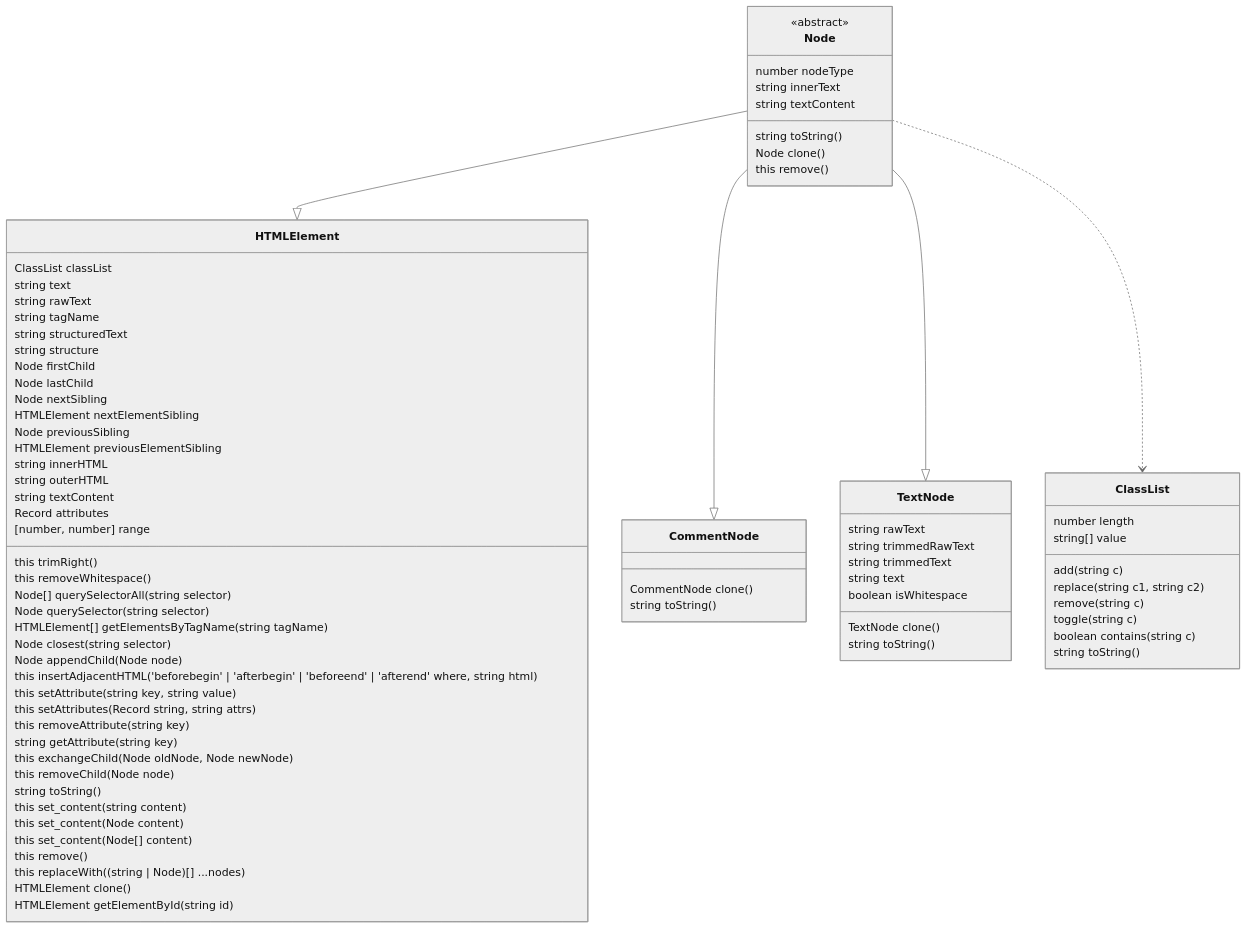
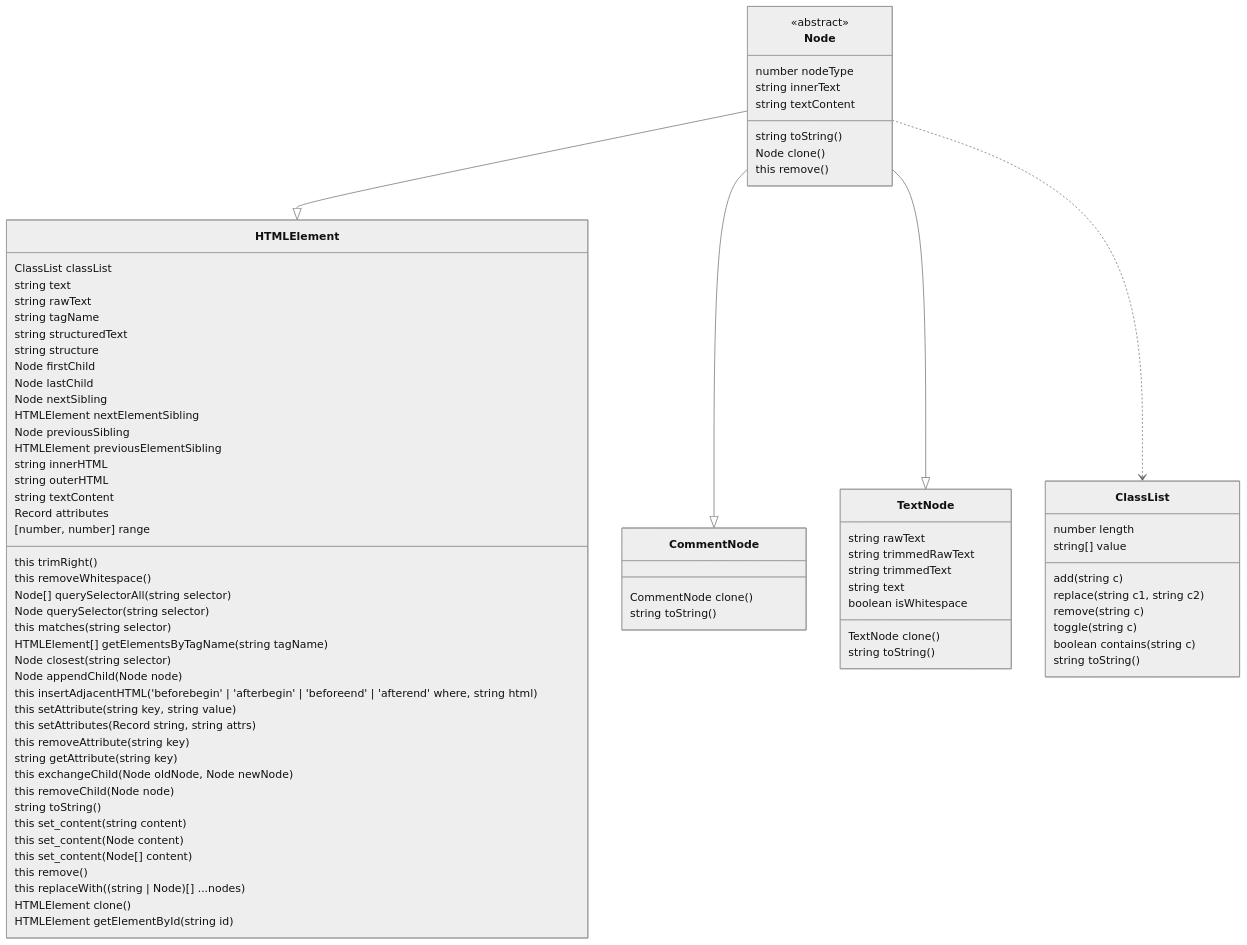
The diagram in README.md (taoqf/node-html-parser), drawn with Mermaid (neutral theme) before and after one commit. The commit also changed other lines of this file and 1 other file, not shown here.

Commit message:
added matches method to HTMLElement

````diff
--- a/README.md
+++ b/README.md
@@ -109,81 +109,82 @@
 ```mermaid
 classDiagram
 direction TB
 class HTMLElement{
 	this trimRight()
 	this removeWhitespace()
 	Node[] querySelectorAll(string selector)
 	Node querySelector(string selector)
+	this matches(string selector)
 	HTMLElement[] getElementsByTagName(string tagName)
 	Node closest(string selector)
 	Node appendChild(Node node)
 	this insertAdjacentHTML('beforebegin' | 'afterbegin' | 'beforeend' | 'afterend' where, string html)
 	this setAttribute(string key, string value)
 	this setAttributes(Record string, string attrs)
 	this removeAttribute(string key)
 	string getAttribute(string key)
 	this exchangeChild(Node oldNode, Node newNode)
 	this removeChild(Node node)
 	string toString()
 	this set_content(string content)
 	this set_content(Node content)
 	this set_content(Node[] content)
 	this remove()
 	this replaceWith((string | Node)[] ...nodes)
 	ClassList classList
 	HTMLElement clone()
 	HTMLElement getElementById(string id)
 	string text
 	string rawText
 	string tagName
 	string structuredText
 	string structure
 	Node firstChild
 	Node lastChild
 	Node nextSibling
 	HTMLElement nextElementSibling
 	Node previousSibling
 	HTMLElement previousElementSibling
 	string innerHTML
 	string outerHTML
 	string textContent
 	Record<string, string> attributes
 	[number, number] range
 }
 class Node{
 	<<abstract>>
 	string toString()
 	Node clone()
 	this remove()
 	number nodeType
 	string innerText
 	string textContent
 }
 class ClassList{
 	add(string c)
 	replace(string c1, string c2)
 	remove(string c)
 	toggle(string c)
 	boolean contains(string c)
 	number length
 	string[] value
 	string toString()
 }
 class CommentNode{
 	CommentNode clone()
 	string toString()
 }
 class TextNode{
 	TextNode clone()
 	string toString()
 	string rawText
 	string trimmedRawText
 	string trimmedText
 	string text
 	boolean isWhitespace
 }
 Node --|> HTMLElement
 Node --|> CommentNode
 Node --|> TextNode
 Node ..> ClassList
 ```
````
